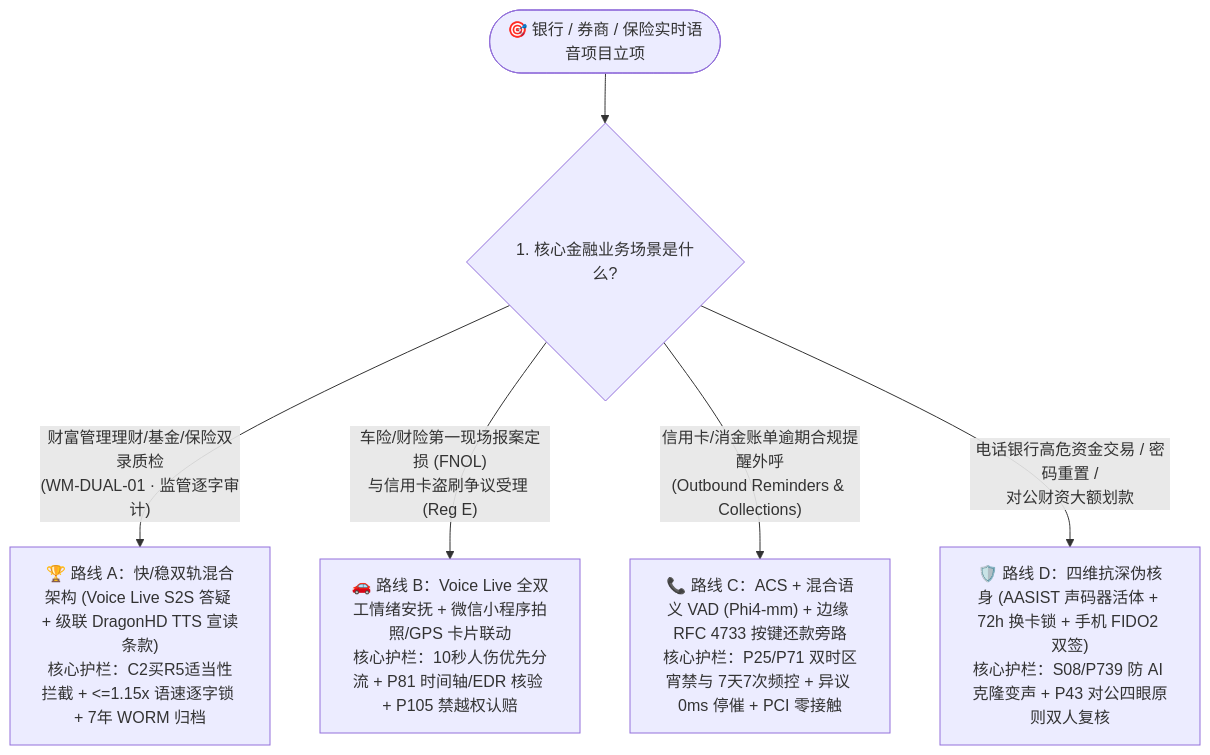
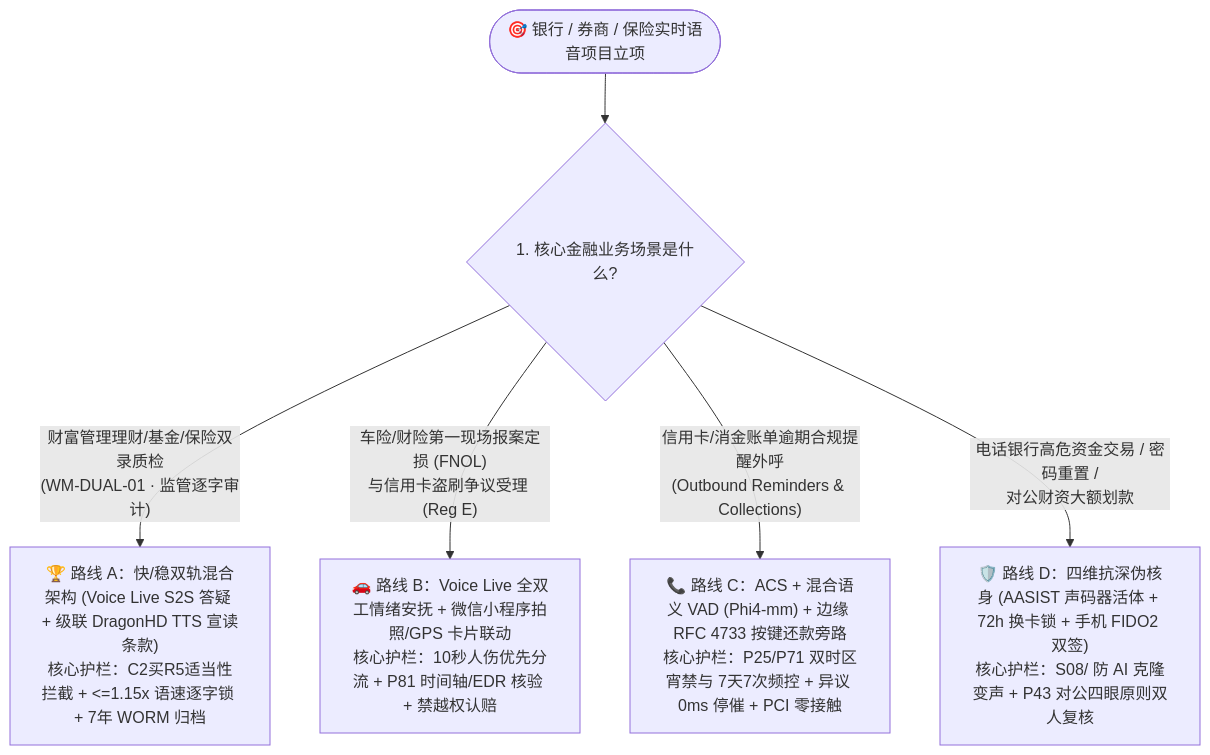
Before and after one commit to turbo998/voice-agent-lab: the first of 3 diagrams in docs/bfsi-wealth-dual-recording-claims-compliant-outbound-voice-selection-faq.md, drawn with Mermaid. The commit also changed other lines of this file and 715 other files, not shown here.

First line of the commit message:
chore: curate Enterprise Voice AI SA deliverables and purge non-SA RFC/industrial bloat

````diff
--- a/docs/bfsi-wealth-dual-recording-claims-compliant-outbound-voice-selection-faq.md
+++ b/docs/bfsi-wealth-dual-recording-claims-compliant-outbound-voice-selection-faq.md
@@ -86,12 +86,12 @@
 ```mermaid
 flowchart TD
-    Start(["🎯 银行 / 券商 / 保险实时语音项目立项"]) --> Q1{"1. 核心金融业务场景是什么?"}
-    
-    Q1 -- "财富管理理财/基金/保险双录质检<br/>(WM-DUAL-01 · 监管逐字审计)" --> ChoiceDualRec["🏆 路线 A：快/稳双轨混合架构 (Voice Live S2S 答疑 + 级联 DragonHD TTS 宣读条款)<br/>核心护栏：C2买R5适当性拦截 + <=1.15x 语速逐字锁 + 7年 WORM 归档"]
-    
-    Q1 -- "车险/财险第一现场报案定损 (FNOL)<br/>与信用卡盗刷争议受理 (Reg E)" --> ChoiceFNOL["🚗 路线 B：Voice Live 全双工情绪安抚 + 微信小程序拍照/GPS 卡片联动<br/>核心护栏：10秒人伤优先分流 + P81 时间轴/EDR 核验 + P105 禁越权认赔"]
-    
-    Q1 -- "信用卡/消金账单逾期合规提醒外呼<br/>(Outbound Reminders & Collections)" --> ChoiceOutbound["📞 路线 C：ACS + 混合语义 VAD (Phi4-mm) + 边缘 RFC 4733 按键还款旁路<br/>核心护栏：P25/P71 双时区宵禁与 7天7次频控 + 异议 0ms 停催 + PCI 零接触"]
-    
-    Q1 -- "电话银行高危资金交易 / 密码重置 /<br/>对公财资大额划款" --> ChoiceAuth["🛡️ 路线 D：四维抗深伪核身 (AASIST 声码器活体 + 72h 换卡锁 + 手机 FIDO2 双签)<br/>核心护栏：S08/P739 防 AI 克隆变声 + P43 对公四眼原则双人复核"]
+ Start(["🎯 银行 / 券商 / 保险实时语音项目立项"]) --> Q1{"1. 核心金融业务场景是什么?"}
+ 
+ Q1 -- "财富管理理财/基金/保险双录质检<br/>(WM-DUAL-01 · 监管逐字审计)" --> ChoiceDualRec["🏆 路线 A：快/稳双轨混合架构 (Voice Live S2S 答疑 + 级联 DragonHD TTS 宣读条款)<br/>核心护栏：C2买R5适当性拦截 + <=1.15x 语速逐字锁 + 7年 WORM 归档"]
+ 
+ Q1 -- "车险/财险第一现场报案定损 (FNOL)<br/>与信用卡盗刷争议受理 (Reg E)" --> ChoiceFNOL["🚗 路线 B：Voice Live 全双工情绪安抚 + 微信小程序拍照/GPS 卡片联动<br/>核心护栏：10秒人伤优先分流 + P81 时间轴/EDR 核验 + 禁越权认赔"]
+ 
+ Q1 -- "信用卡/消金账单逾期合规提醒外呼<br/>(Outbound Reminders & Collections)" --> ChoiceOutbound["📞 路线 C：ACS + 混合语义 VAD (Phi4-mm) + 边缘 RFC 4733 按键还款旁路<br/>核心护栏：P25/P71 双时区宵禁与 7天7次频控 + 异议 0ms 停催 + PCI 零接触"]
+ 
+ Q1 -- "电话银行高危资金交易 / 密码重置 /<br/>对公财资大额划款" --> ChoiceAuth["🛡️ 路线 D：四维抗深伪核身 (AASIST 声码器活体 + 72h 换卡锁 + 手机 FIDO2 双签)<br/>核心护栏：S08/ 防 AI 克隆变声 + P43 对公四眼原则双人复核"]
 ```
````
